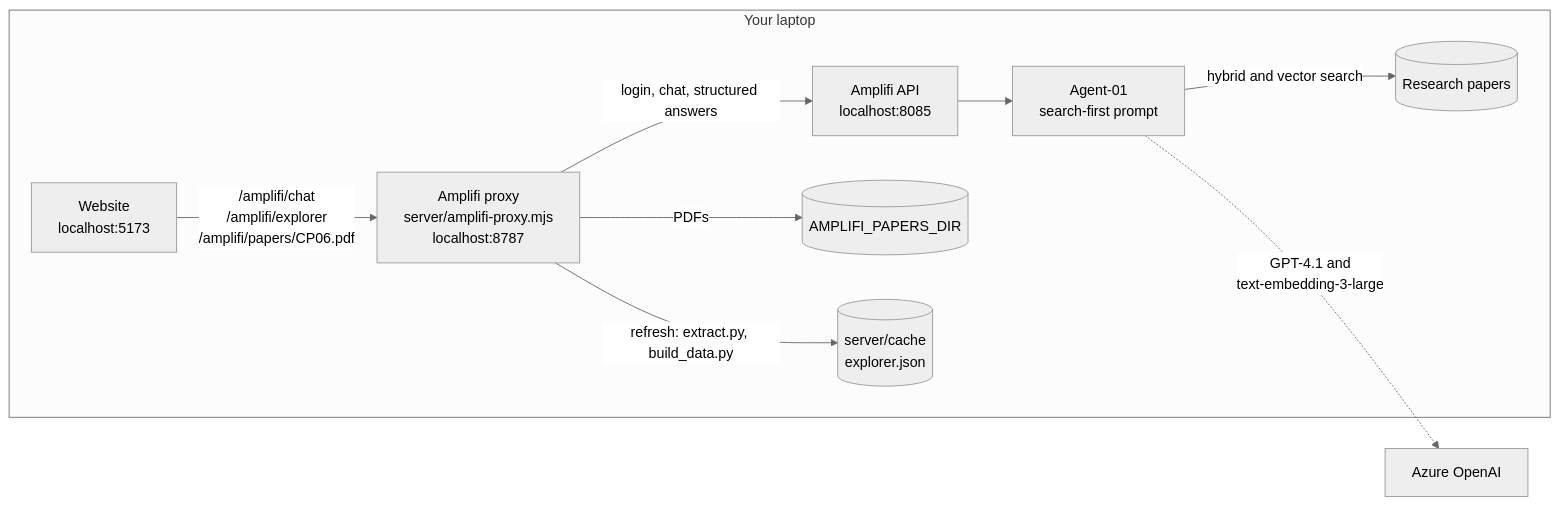
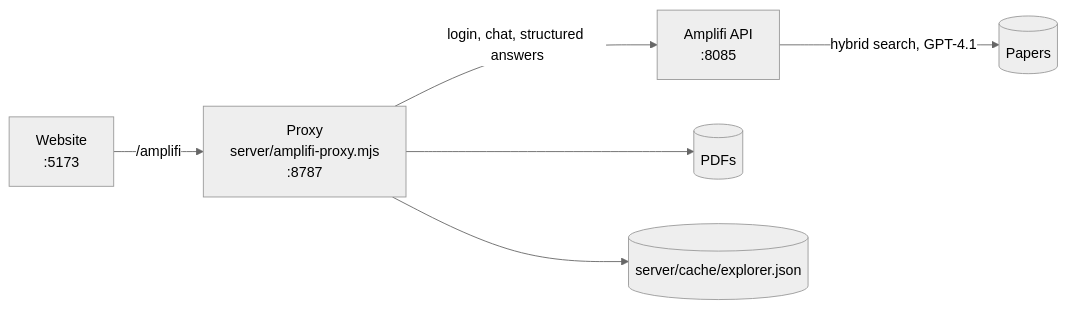
One commit to sachinkukkar-tws/battery-research-platform changed the diagram in README.md. Above: the diagram before and after it, drawn with Mermaid (neutral theme). The commit also changed other lines of this file, not shown here.

````diff
--- a/README.md
+++ b/README.md
@@ -142,12 +72,8 @@
 ```mermaid
 flowchart LR
-    subgraph laptop["Your laptop"]
-        W["Website<br/>localhost:5173"] -->|"/amplifi/chat<br/>/amplifi/explorer<br/>/amplifi/papers/CP06.pdf"| P["Amplifi proxy<br/>server/amplifi-proxy.mjs<br/>localhost:8787"]
-        P -->|"login, chat, structured answers"| A["Amplifi API<br/>localhost:8085"]
-        P -->|"PDFs"| F[("AMPLIFI_PAPERS_DIR")]
-        P -->|"refresh: extract.py, build_data.py"| C[("server/cache<br/>explorer.json")]
-        A --> G["Agent-01<br/>search-first prompt"]
-        G -->|"hybrid and vector search"| K[("Research papers")]
-    end
-    G -.->|"GPT-4.1 and<br/>text-embedding-3-large"| Z["Azure OpenAI"]
+    W["Website<br/>:5173"] -->|/amplifi| P["Proxy<br/>server/amplifi-proxy.mjs<br/>:8787"]
+    P -->|login, chat, structured answers| A["Amplifi API<br/>:8085"]
+    P --> F[("PDFs")]
+    P --> C[("server/cache/explorer.json")]
+    A -->|hybrid search, GPT-4.1| K[("Papers")]
 ```
````
